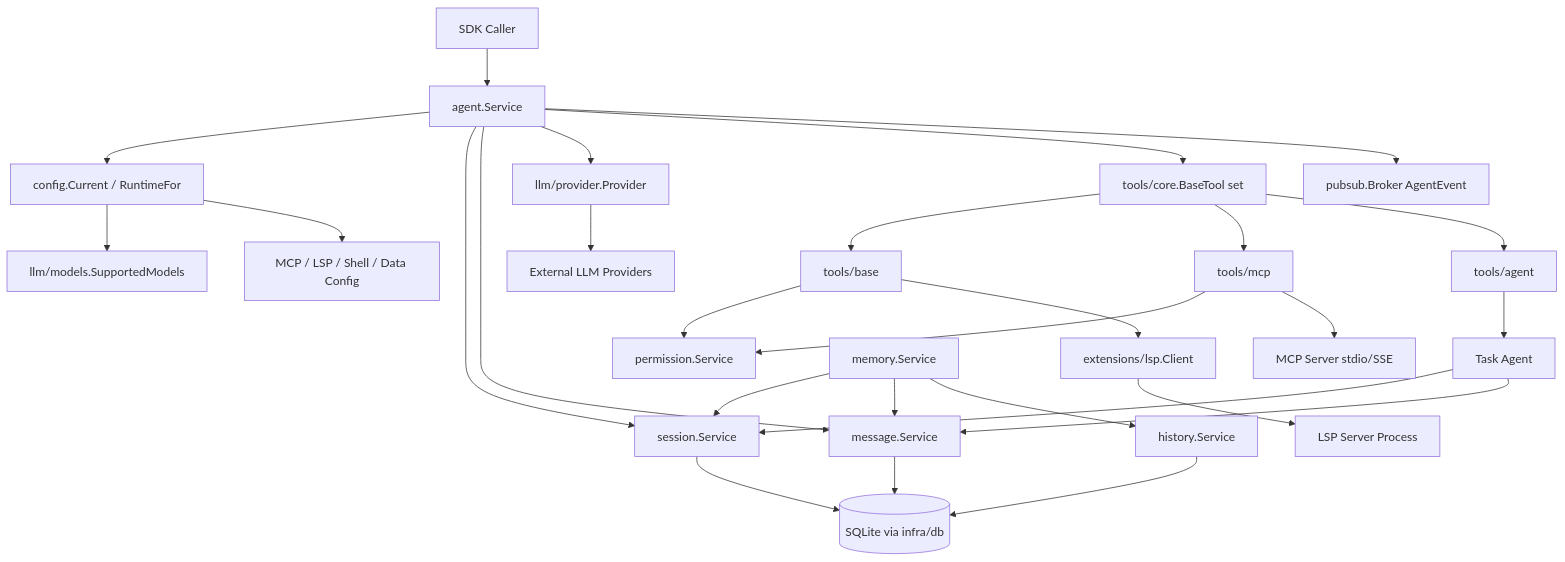
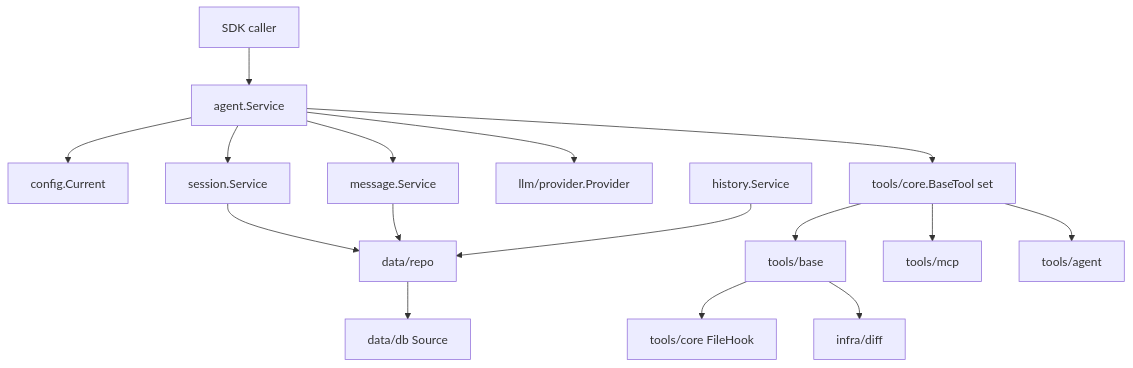
The diagram in docs/architecture.md (fengxiaozi-liu/AgentSdk), drawn with Mermaid before and after one commit. The commit also changed other lines of this file and 100 other files, not shown here.

````diff
--- a/docs/architecture.md
+++ b/docs/architecture.md
@@ -86,34 +36,18 @@
 ```mermaid
 graph TD
-    Caller[SDK Caller] --> Agent[agent.Service]
-    Agent --> Config[config.Current / RuntimeFor]
-    Agent --> SessionSvc[session.Service]
-    Agent --> MessageSvc[message.Service]
+    Caller[SDK caller] --> Agent[agent.Service]
+    Agent --> Config[config.Current]
+    Agent --> Sessions[session.Service]
+    Agent --> Messages[message.Service]
     Agent --> Provider[llm/provider.Provider]
-    Agent --> Toolset[tools/core.BaseTool set]
-    Agent --> EventBus[pubsub.Broker AgentEvent]
-
-    Config --> Models[llm/models.SupportedModels]
-    Config --> MCPConfig[MCP / LSP / Shell / Data Config]
-
-    Provider --> ExternalLLM[External LLM Providers]
-    Toolset --> BaseTools[tools/base]
-    Toolset --> MCPTools[tools/mcp]
-    Toolset --> AgentTool[tools/agent]
-    BaseTools --> Permission[permission.Service]
-    MCPTools --> Permission
-    MCPTools --> MCPServer[MCP Server stdio/SSE]
-    AgentTool --> TaskAgent[Task Agent]
-    TaskAgent --> SessionSvc
-    TaskAgent --> MessageSvc
-
-    SessionSvc --> DB[(SQLite via infra/db)]
-    MessageSvc --> DB
-    HistorySvc[history.Service] --> DB
-    Memory[memory.Service] --> SessionSvc
-    Memory --> MessageSvc
-    Memory --> HistorySvc
-
-    BaseTools --> LSP[extensions/lsp.Client]
-    LSP --> LSPServer[LSP Server Process]
+    Agent --> Tools[tools/core.BaseTool set]
+    Sessions --> Repos[data/repo]
+    Messages --> Repos
+    History[history.Service] --> Repos
+    Repos --> Data[data/db Source]
+    Tools --> Base[tools/base]
+    Tools --> MCP[tools/mcp]
+    Tools --> Child[tools/agent]
+    Base --> Hooks[tools/core FileHook]
+    Base --> Diff[infra/diff]
 ```
````
